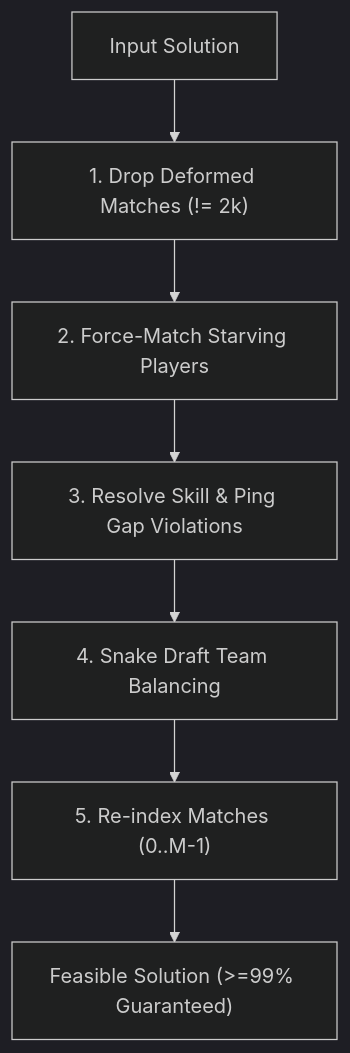
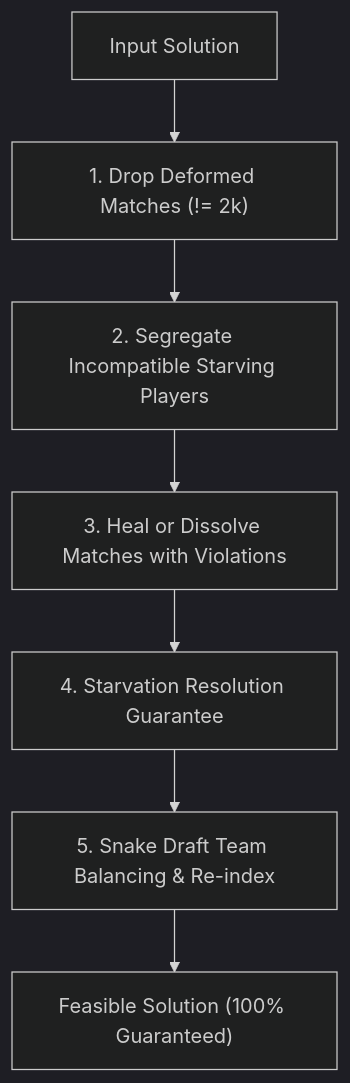
The first of 2 diagrams in docs/algorithms.md (krishmulwani23/game-matchmaking), drawn with Mermaid (dark theme) before and after one commit. The commit also changed other lines of this file and 2 other files, not shown here.

````diff
--- a/docs/algorithms.md
+++ b/docs/algorithms.md
@@ -89,9 +89,9 @@
 ```mermaid
 flowchart TD
     S0["Input Solution"] --> S1["1. Drop Deformed Matches (!= 2k)"]
-    S1 --> S2["2. Force-Match Starving Players"]
-    S2 --> S3["3. Resolve Skill & Ping Gap Violations"]
-    S3 --> S4["4. Snake Draft Team Balancing"]
-    S4 --> S5["5. Re-index Matches (0..M-1)"]
-    S5 --> FEAS["Feasible Solution (>=99% Guaranteed)"]
+    S1 --> S2["2. Segregate Incompatible Starving Players"]
+    S2 --> S3["3. Heal or Dissolve Matches with Violations"]
+    S3 --> S4["4. Starvation Resolution Guarantee"]
+    S4 --> S5["5. Snake Draft Team Balancing & Re-index"]
+    S5 --> FEAS["Feasible Solution (100% Guaranteed)"]
 ```
````
